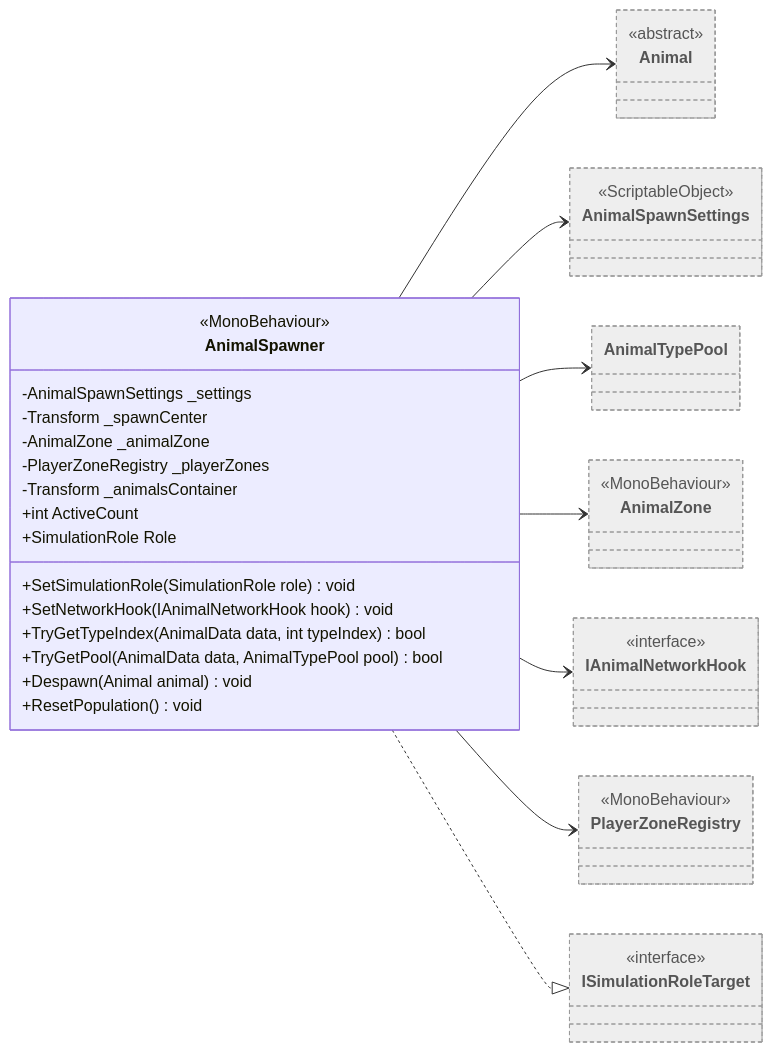
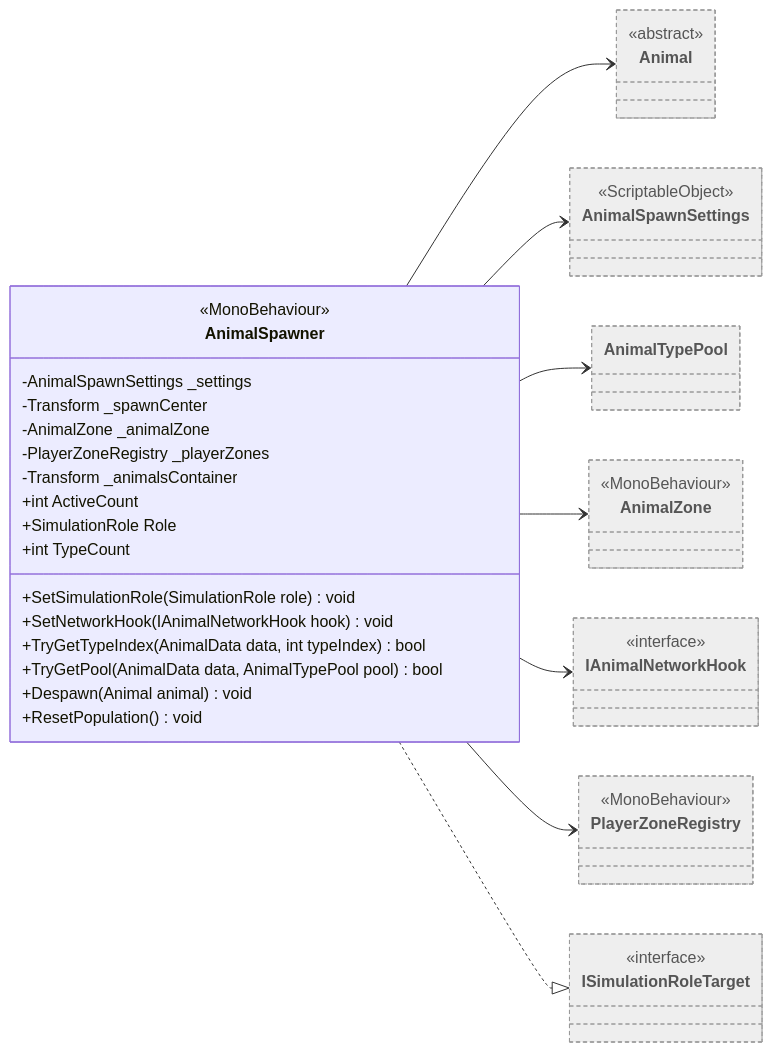
Before and after one commit to Chacashi/Alien-Farms: the diagram in Docs/Arquitectura/Clases/Animals/AnimalSpawner.md, drawn with Mermaid. The commit also changed other lines of this file and 257 other files, not shown here.

````diff
--- a/Docs/Arquitectura/Clases/Animals/AnimalSpawner.md
+++ b/Docs/Arquitectura/Clases/Animals/AnimalSpawner.md
@@ -18,41 +18,42 @@
 ```mermaid
 classDiagram
   direction LR
   class AnimalSpawner {
     <<MonoBehaviour>>
     -AnimalSpawnSettings _settings
     -Transform _spawnCenter
     -AnimalZone _animalZone
     -PlayerZoneRegistry _playerZones
     -Transform _animalsContainer
     +int ActiveCount
     +SimulationRole Role
+    +int TypeCount
     +SetSimulationRole(SimulationRole role) void
     +SetNetworkHook(IAnimalNetworkHook hook) void
     +TryGetTypeIndex(AnimalData data, int typeIndex) bool
     +TryGetPool(AnimalData data, AnimalTypePool pool) bool
     +Despawn(Animal animal) void
     +ResetPopulation() void
   }
   class Animal:::external
   <<abstract>> Animal
   class AnimalSpawnSettings:::external
   <<ScriptableObject>> AnimalSpawnSettings
   class AnimalTypePool:::external
   class AnimalZone:::external
   <<MonoBehaviour>> AnimalZone
   class IAnimalNetworkHook:::external
   <<interface>> IAnimalNetworkHook
   class ISimulationRoleTarget:::external
   <<interface>> ISimulationRoleTarget
   class PlayerZoneRegistry:::external
   <<MonoBehaviour>> PlayerZoneRegistry
   AnimalSpawner --> Animal
   AnimalSpawner --> AnimalSpawnSettings
   AnimalSpawner --> AnimalTypePool
   AnimalSpawner --> AnimalZone
   AnimalSpawner --> IAnimalNetworkHook
   AnimalSpawner --> PlayerZoneRegistry
   AnimalSpawner ..|> ISimulationRoleTarget
   classDef external fill:#eee,stroke:#999,stroke-dasharray: 4 3,color:#555
 ```
````
